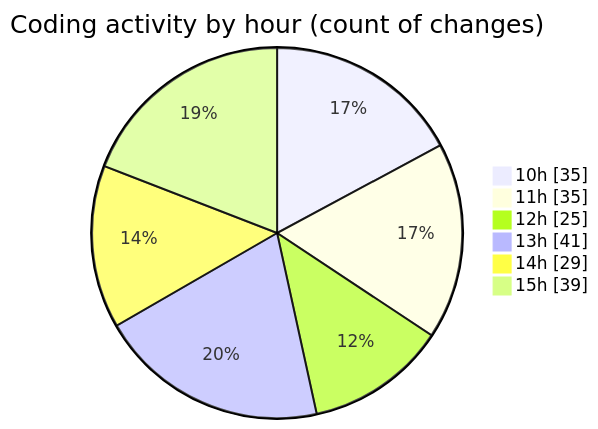
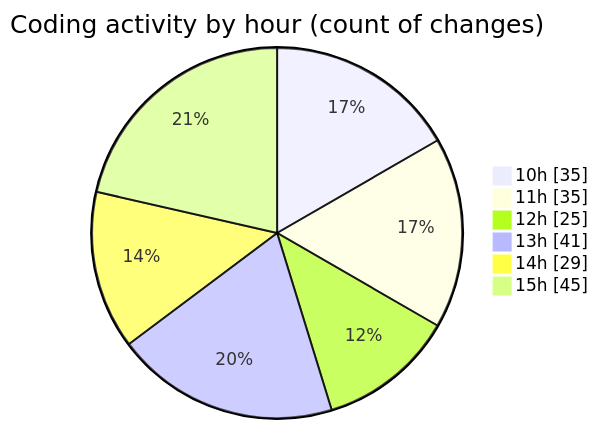
Before and after one commit to momahboobian/code-tracking: the second of 2 diagrams in 2025-03-26/cda/README.md, drawn with Mermaid. The commit also changed other lines of this file and 1 other file, not shown here.

````diff
--- a/2025-03-26/cda/README.md
+++ b/2025-03-26/cda/README.md
@@ -54,10 +54,10 @@
 ```mermaid
 pie showData
 title Coding activity by hour (count of changes)
 "10h" : 35
 "11h" : 35
 "12h" : 25
 "13h" : 41
 "14h" : 29
-"15h" : 39
+"15h" : 45
 ```
````
